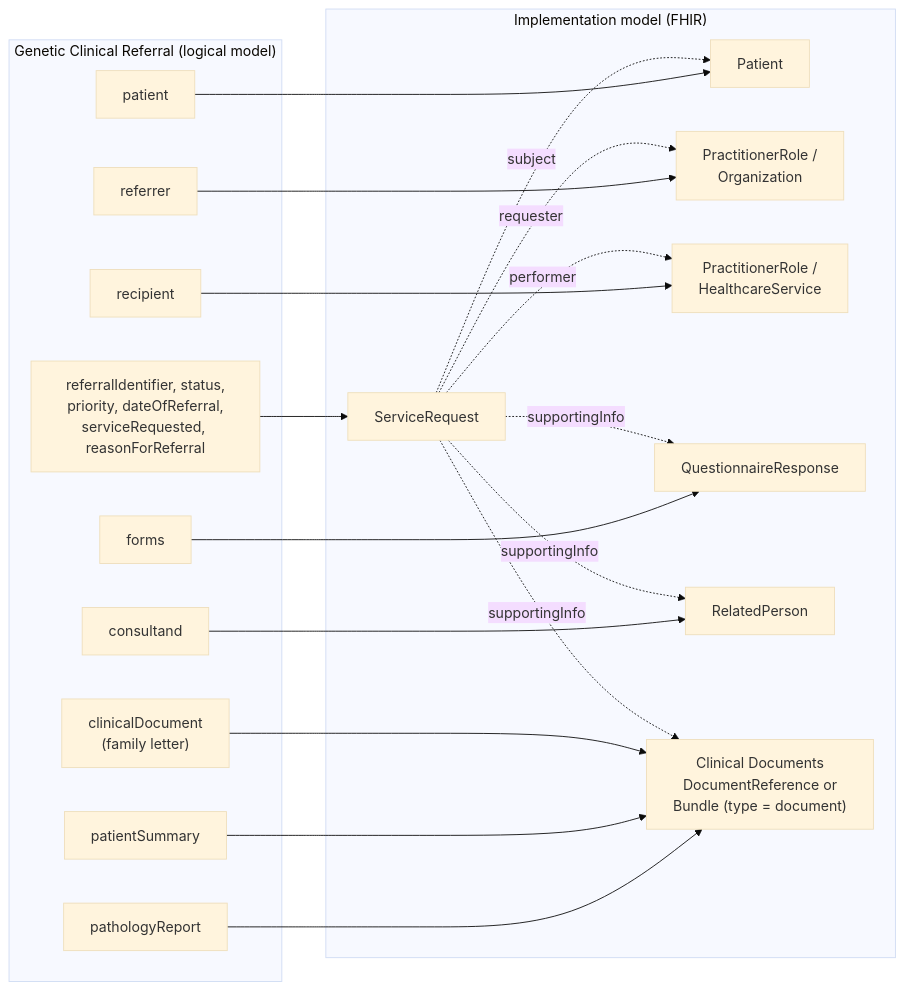
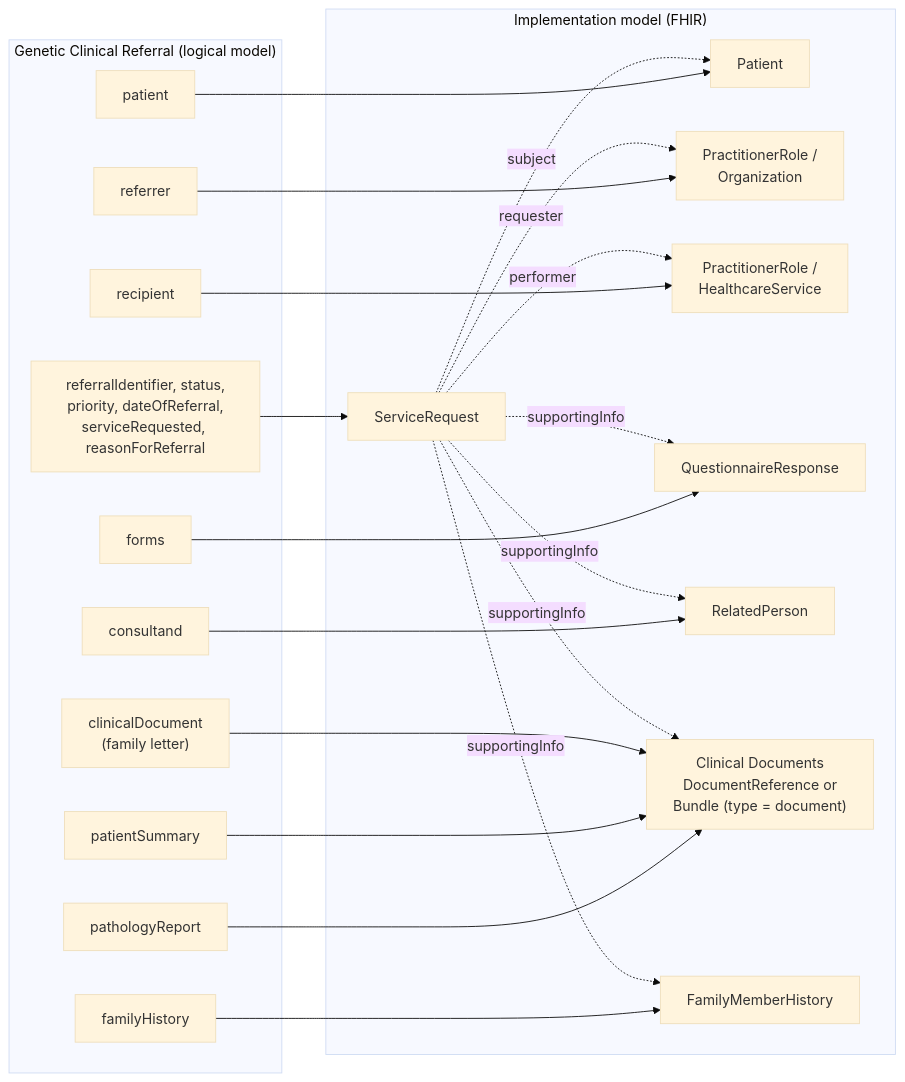
Before and after one commit to nw-gmsa/nw-gmsa.github.com: the first of 3 diagrams in input/pagecontent/StructureDefinition-GeneticClinicalReferral-notes.md, drawn with Mermaid (base theme). The commit also changed other lines of this file and 5 other files, not shown here.

First line of the commit message:
Add familyHistory and NDRS pathology reports; note referral implementation route

````diff
--- a/input/pagecontent/StructureDefinition-GeneticClinicalReferral-notes.md
+++ b/input/pagecontent/StructureDefinition-GeneticClinicalReferral-notes.md
@@ -8,41 +8,45 @@
 ```mermaid
 flowchart LR
     subgraph LM["Genetic Clinical Referral (logical model)"]
         LID["referralIdentifier, status,<br/>priority, dateOfReferral,<br/>serviceRequested, reasonForReferral"]
         LP["patient"]
         LRF["referrer"]
         LRC["recipient"]
         LF["forms"]
         LC["consultand"]
         LPR["pathologyReport"]
         LPS["patientSummary"]
         LCD["clinicalDocument<br/>(family letter)"]
+        LFH["familyHistory"]
     end
 
     subgraph IM["Implementation model (FHIR)"]
         SR["ServiceRequest"]
         PAT["Patient"]
         PR["PractitionerRole /<br/>Organization"]
         HS["PractitionerRole /<br/>HealthcareService"]
         QR["QuestionnaireResponse"]
         RP["RelatedPerson"]
         DOC["Clinical Documents<br/>DocumentReference or<br/>Bundle (type = document)"]
+        FMH["FamilyMemberHistory"]
     end
 
     LID --> SR
     LP --> PAT
     LRF --> PR
     LRC --> HS
     LF --> QR
     LC --> RP
     LPR --> DOC
     LPS --> DOC
     LCD --> DOC
+    LFH --> FMH
 
     SR -. subject .-> PAT
     SR -. requester .-> PR
     SR -. performer .-> HS
     SR -. supportingInfo .-> QR
     SR -. supportingInfo .-> RP
     SR -. supportingInfo .-> DOC
+    SR -. supportingInfo .-> FMH
 ```
````
